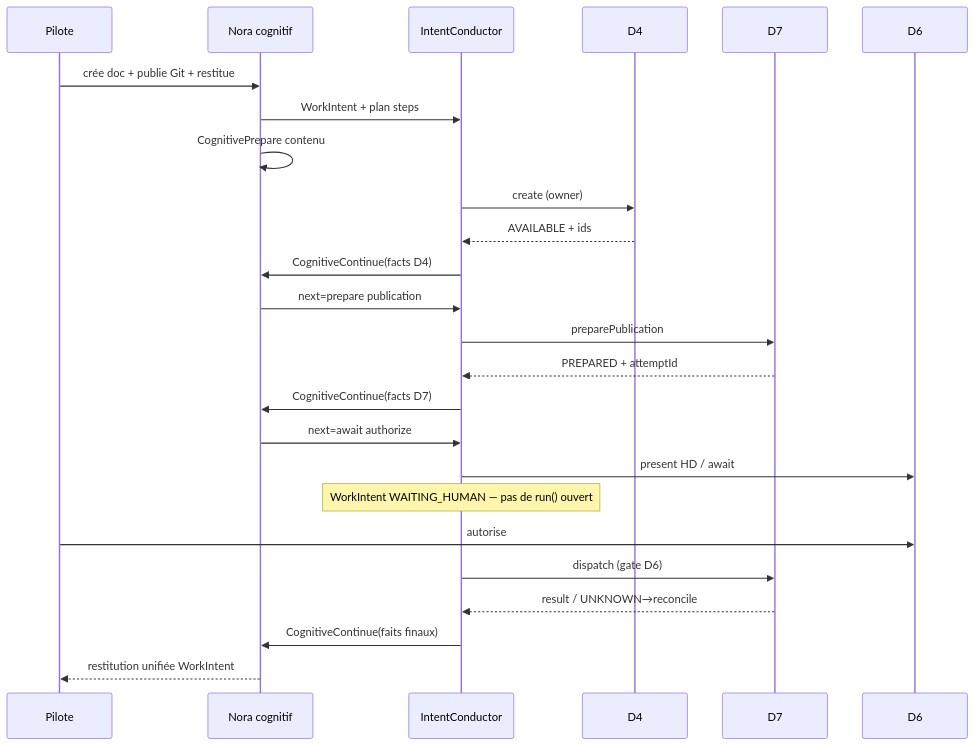
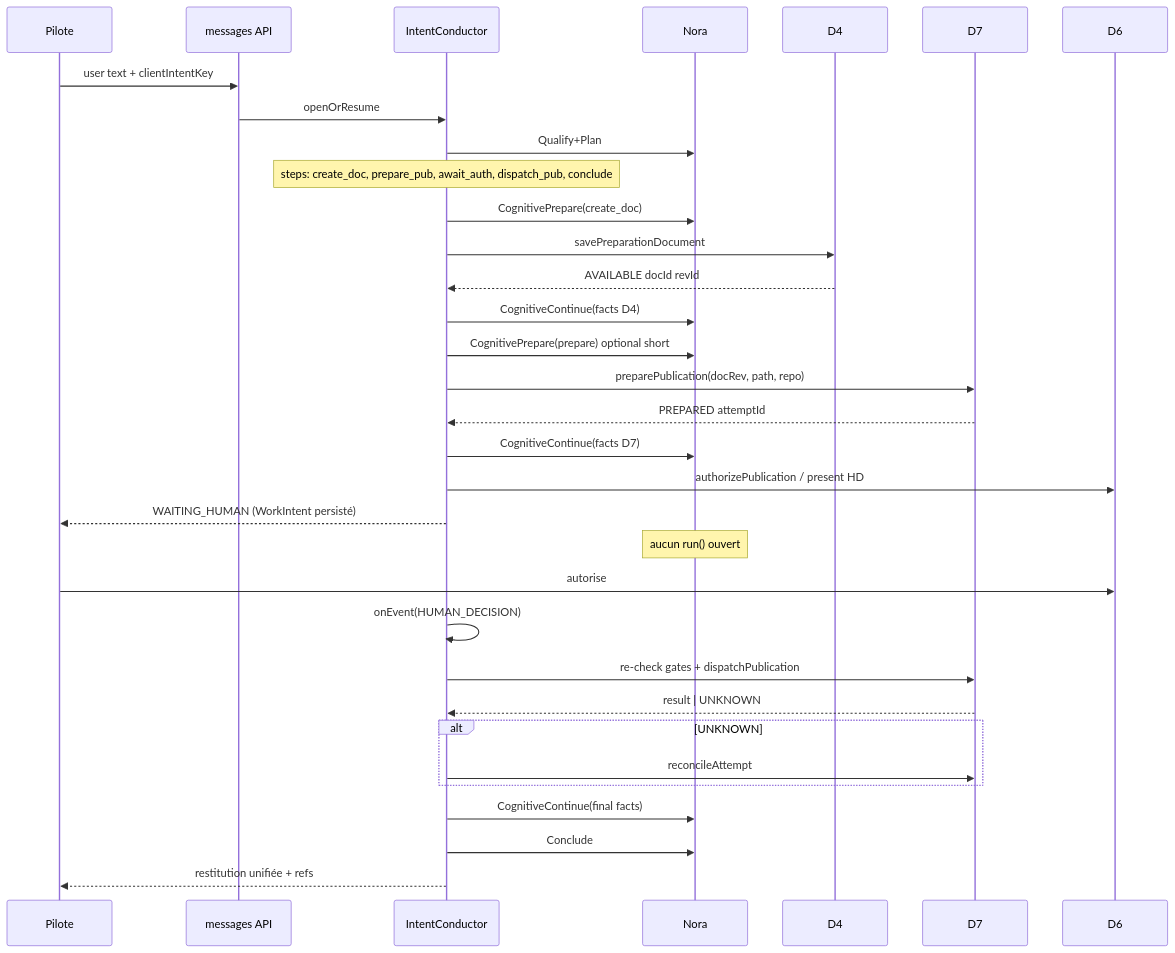
Before and after one commit to mcleland147/sfia-workspace: the second of 2 diagrams in sfia-review-handoff/latest-chatgpt-review.md, drawn with Mermaid. The commit also changed other lines of this file, not shown here.

Commit message:
review(next): R5 cycle6 technical contracts qualified for intent continuity ACCEPT-01

````diff
--- a/sfia-review-handoff/latest-chatgpt-review.md
+++ b/sfia-review-handoff/latest-chatgpt-review.md
@@ -251,27 +372,35 @@
 ```mermaid
 sequenceDiagram
   participant P as Pilote
-  participant N as Nora cognitif
+  participant API as messages API
   participant C as IntentConductor
+  participant N as Nora
   participant D4 as D4
   participant D7 as D7
   participant D6 as D6
-  P->>N: crée doc + publie Git + restitue
-  N->>C: WorkIntent + plan steps
-  N->>N: CognitivePrepare contenu
-  C->>D4: create (owner)
-  D4-->>C: AVAILABLE + ids
+  P->>API: user text + clientIntentKey
+  API->>C: openOrResume
+  C->>N: Qualify+Plan
+  Note over C: steps: create_doc, prepare_pub, await_auth, dispatch_pub, conclude
+  C->>N: CognitivePrepare(create_doc)
+  C->>D4: savePreparationDocument
+  D4-->>C: AVAILABLE docId revId
   C->>N: CognitiveContinue(facts D4)
-  N->>C: next=prepare publication
-  C->>D7: preparePublication
-  D7-->>C: PREPARED + attemptId
+  C->>N: CognitivePrepare(prepare) optional short
+  C->>D7: preparePublication(docRev, path, repo)
+  D7-->>C: PREPARED attemptId
   C->>N: CognitiveContinue(facts D7)
-  N->>C: next=await authorize
-  C->>D6: present HD / await
-  Note over C: WorkIntent WAITING_HUMAN — pas de run() ouvert
+  C->>D6: authorizePublication / present HD
+  C-->>P: WAITING_HUMAN (WorkIntent persisté)
+  Note over N: aucun run() ouvert
   P->>D6: autorise
-  C->>D7: dispatch (gate D6)
-  D7-->>C: result / UNKNOWN→reconcile
-  C->>N: CognitiveContinue(faits finaux)
-  N-->>P: restitution unifiée WorkIntent
+  C->>C: onEvent(HUMAN_DECISION)
+  C->>D7: re-check gates + dispatchPublication
+  D7-->>C: result | UNKNOWN
+  alt UNKNOWN
+    C->>D7: reconcileAttempt
+  end
+  C->>N: CognitiveContinue(final facts)
+  C->>N: Conclude
+  C-->>P: restitution unifiée + refs
 ```
````
